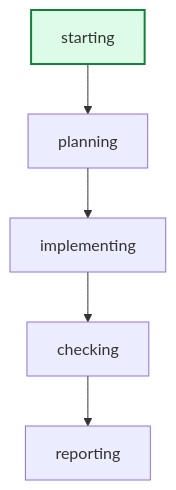
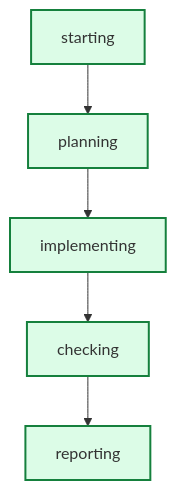
Before and after one commit to daniell0gda/hermes-feature-check-dashboard: the diagram in runs/issue45-water-flood-r1/graph.mmd, drawn with Mermaid. The commit also changed 13 other files, not shown here.

```diff
--- a/runs/issue45-water-flood-r1/graph.mmd
+++ b/runs/issue45-water-flood-r1/graph.mmd
@@ -1,10 +1,14 @@
 graph TD
     starting --> planning
     planning --> implementing
     implementing --> checking
     checking --> reporting
 
 classDef done fill:#dcfce7,stroke:#15803d,stroke-width:2px;
 classDef active fill:#dbeafe,stroke:#2563eb,stroke-width:3px;
 classDef failed fill:#fee2e2,stroke:#b42318,stroke-width:2px;
 class starting done;
+class reporting done;
+class planning done;
+class implementing done;
+class checking done;
```
